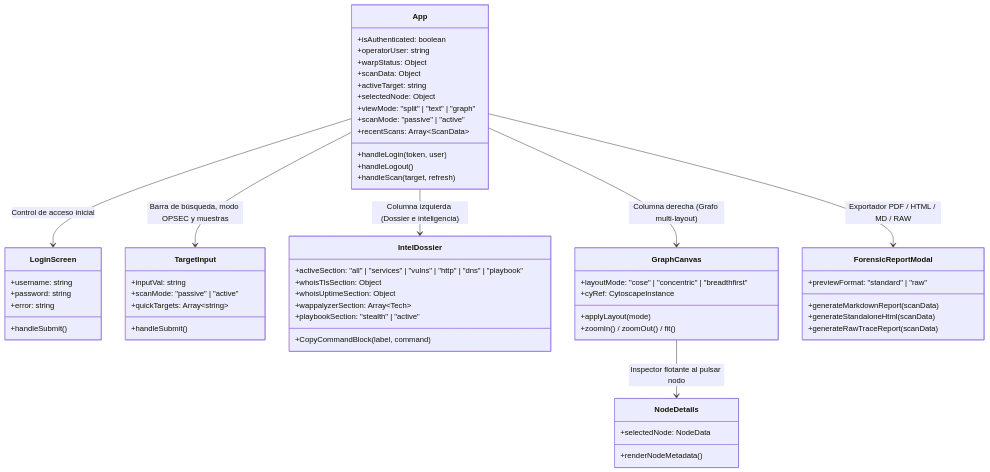
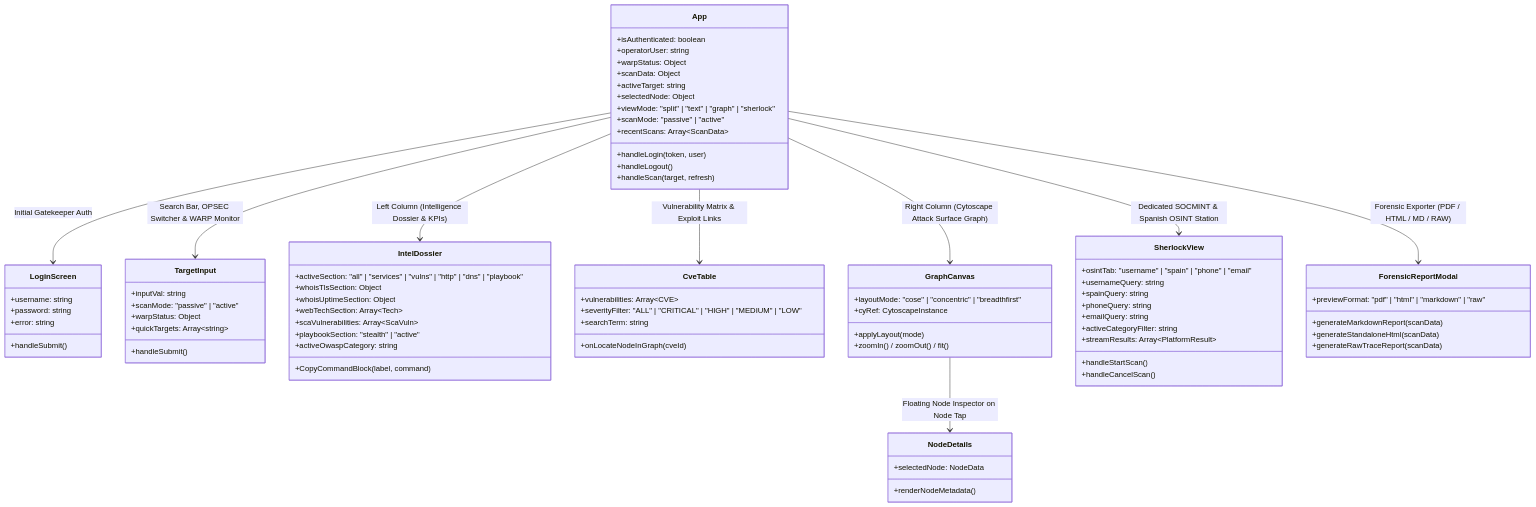
One commit to kamehameha-ctrl/sniperscope changed the diagram in doc/FRONTEND_AND_UX.md. Above: the diagram before and after it, drawn with Mermaid. The commit also changed other lines of this file and 17 other files, not shown here.

````diff
--- a/doc/FRONTEND_AND_UX.md
+++ b/doc/FRONTEND_AND_UX.md
@@ -15,7 +15,7 @@
         +scanData: Object
         +activeTarget: string
         +selectedNode: Object
-        +viewMode: "split" | "text" | "graph"
+        +viewMode: "split" | "text" | "graph" | "sherlock"
         +scanMode: "passive" | "active"
         +recentScans: Array~ScanData~
         +handleLogin(token, user)
@@ -33,6 +33,7 @@
     class TargetInput {
         +inputVal: string
         +scanMode: "passive" | "active"
+        +warpStatus: Object
         +quickTargets: Array~string~
         +handleSubmit()
     }
@@ -41,9 +42,18 @@
         +activeSection: "all" | "services" | "vulns" | "http" | "dns" | "playbook"
         +whoisTlsSection: Object
         +whoisUptimeSection: Object
-        +wappalyzerSection: Array~Tech~
+        +webTechSection: Array~Tech~
+        +scaVulnerabilities: Array~ScaVuln~
         +playbookSection: "stealth" | "active"
+        +activeOwaspCategory: string
         +CopyCommandBlock(label, command)
+    }
+
+    class CveTable {
+        +vulnerabilities: Array~CVE~
+        +severityFilter: "ALL" | "CRITICAL" | "HIGH" | "MEDIUM" | "LOW"
+        +searchTerm: string
+        +onLocateNodeInGraph(cveId)
     }
 
     class GraphCanvas {
@@ -58,17 +68,31 @@
         +renderNodeMetadata()
     }
 
+    class SherlockView {
+        +osintTab: "username" | "spain" | "phone" | "email"
+        +usernameQuery: string
+        +spainQuery: string
+        +phoneQuery: string
+        +emailQuery: string
+        +activeCategoryFilter: string
+        +streamResults: Array~PlatformResult~
+        +handleStartScan()
+        +handleCancelScan()
+    }
+
     class ForensicReportModal {
-        +previewFormat: "standard" | "raw"
+        +previewFormat: "pdf" | "html" | "markdown" | "raw"
         +generateMarkdownReport(scanData)
         +generateStandaloneHtml(scanData)
         +generateRawTraceReport(scanData)
     }
 
-    App --> LoginScreen : Control de acceso inicial
-    App --> TargetInput : Barra de búsqueda, modo OPSEC y muestras
-    App --> IntelDossier : Columna izquierda (Dossier e inteligencia)
-    App --> GraphCanvas : Columna derecha (Grafo multi-layout)
-    GraphCanvas --> NodeDetails : Inspector flotante al pulsar nodo
-    App --> ForensicReportModal : Exportador PDF / HTML / MD / RAW
+    App --> LoginScreen : Initial Gatekeeper Auth
+    App --> TargetInput : Search Bar, OPSEC Switcher & WARP Monitor
+    App --> IntelDossier : Left Column (Intelligence Dossier & KPIs)
+    App --> CveTable : Vulnerability Matrix & Exploit Links
+    App --> GraphCanvas : Right Column (Cytoscape Attack Surface Graph)
+    GraphCanvas --> NodeDetails : Floating Node Inspector on Node Tap
+    App --> SherlockView : Dedicated SOCMINT & Spanish OSINT Station
+    App --> ForensicReportModal : Forensic Exporter (PDF / HTML / MD / RAW)
 ```
````
